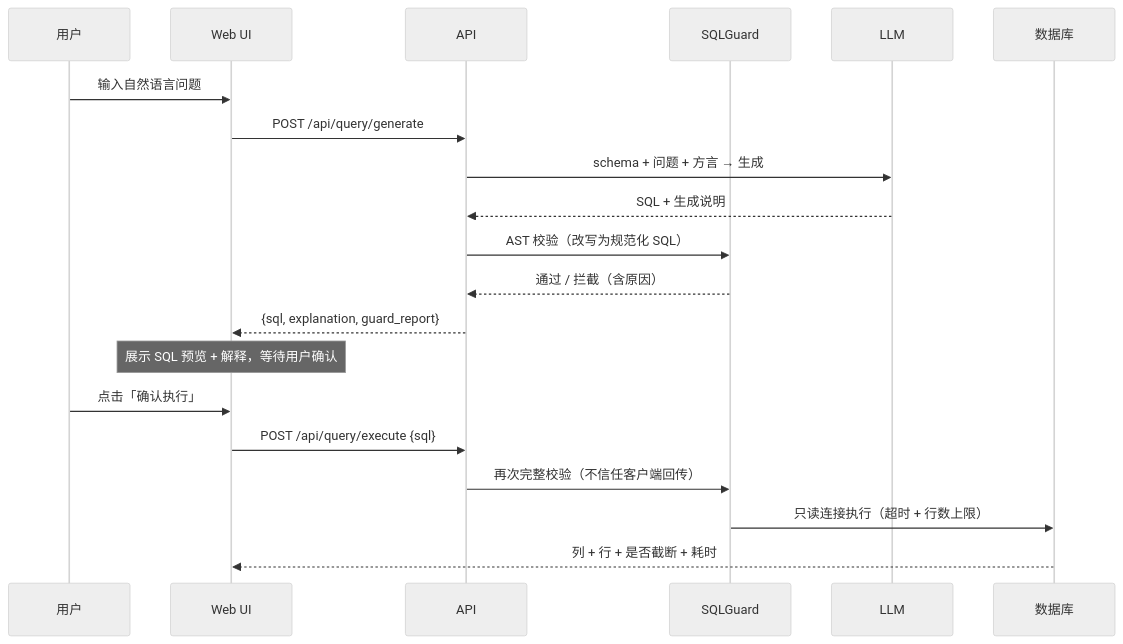
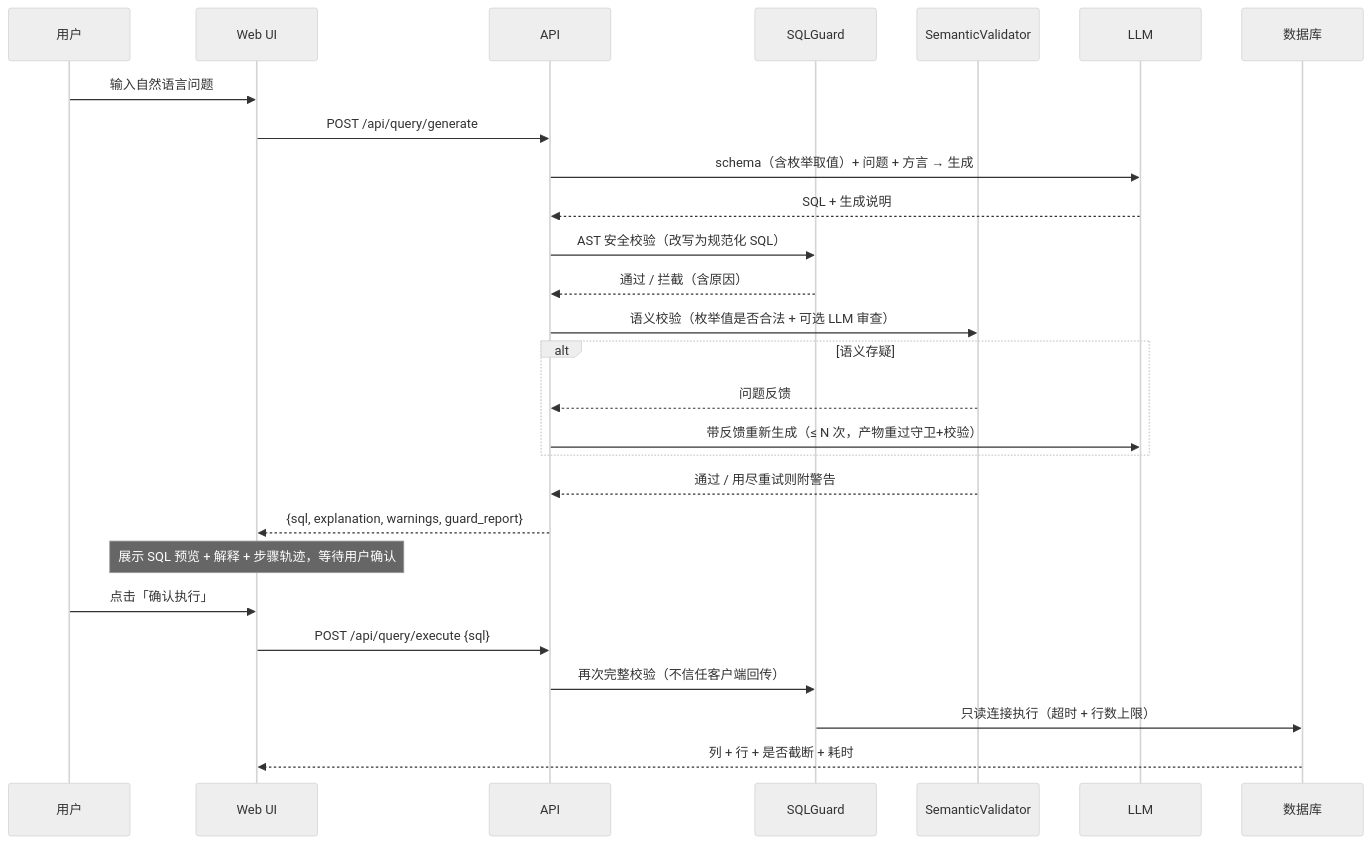
The second of 2 diagrams in docs/design.md (edward-zhaods/nl2sql-agent), drawn with Mermaid (neutral theme) before and after one commit. The commit also changed other lines of this file and 12 other files, not shown here.

````diff
--- a/docs/design.md
+++ b/docs/design.md
@@ -68,23 +71,30 @@
 ```mermaid
 sequenceDiagram
     participant U as 用户
     participant W as Web UI
     participant A as API
     participant G as SQLGuard
+    participant V as SemanticValidator
     participant L as LLM
     participant D as 数据库
 
     U->>W: 输入自然语言问题
     W->>A: POST /api/query/generate
-    A->>L: schema + 问题 + 方言 → 生成
+    A->>L: schema（含枚举取值）+ 问题 + 方言 → 生成
     L-->>A: SQL + 生成说明
-    A->>G: AST 校验（改写为规范化 SQL）
+    A->>G: AST 安全校验（改写为规范化 SQL）
     G-->>A: 通过 / 拦截（含原因）
-    A-->>W: {sql, explanation, guard_report}
-    Note over W: 展示 SQL 预览 + 解释，等待用户确认
+    A->>V: 语义校验（枚举值是否合法 + 可选 LLM 审查）
+    alt 语义存疑
+        V-->>A: 问题反馈
+        A->>L: 带反馈重新生成（≤ N 次，产物重过守卫+校验）
+    end
+    V-->>A: 通过 / 用尽重试则附警告
+    A-->>W: {sql, explanation, warnings, guard_report}
+    Note over W: 展示 SQL 预览 + 解释 + 步骤轨迹，等待用户确认
     U->>W: 点击「确认执行」
     W->>A: POST /api/query/execute {sql}
     A->>G: 再次完整校验（不信任客户端回传）
     G->>D: 只读连接执行（超时 + 行数上限）
     D-->>W: 列 + 行 + 是否截断 + 耗时
 ```
````
